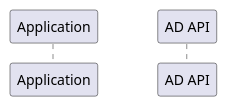
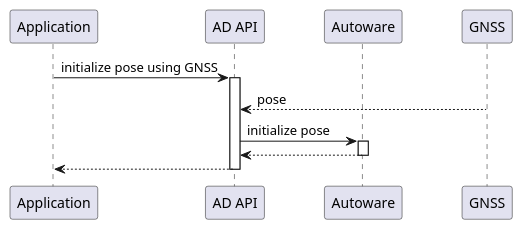
The diagram in docs/design/autoware-interfaces/ad-api/use-cases/sequence/initialize-pose-gnss.plantuml (tier4/autoware-documentation), drawn with PlantUML before and after one commit. The commit also changed 1 other file, not shown here.

Commit message:
Update initial pose sequence

```diff
--- a/docs/design/autoware-interfaces/ad-api/use-cases/sequence/initialize-pose-gnss.plantuml
+++ b/docs/design/autoware-interfaces/ad-api/use-cases/sequence/initialize-pose-gnss.plantuml
@@ -1,7 +1,15 @@
 @startuml
 
 skinparam ParticipantPadding 25
 participant "Application" as system
 participant "AD API" as api
+participant "Autoware" as autoware
+participant "GNSS" as gnss
+
+system -> api ++: initialize pose using GNSS
+gnss --> api: pose
+api -> autoware ++: initialize pose
+return
+return
 
 @enduml
```
